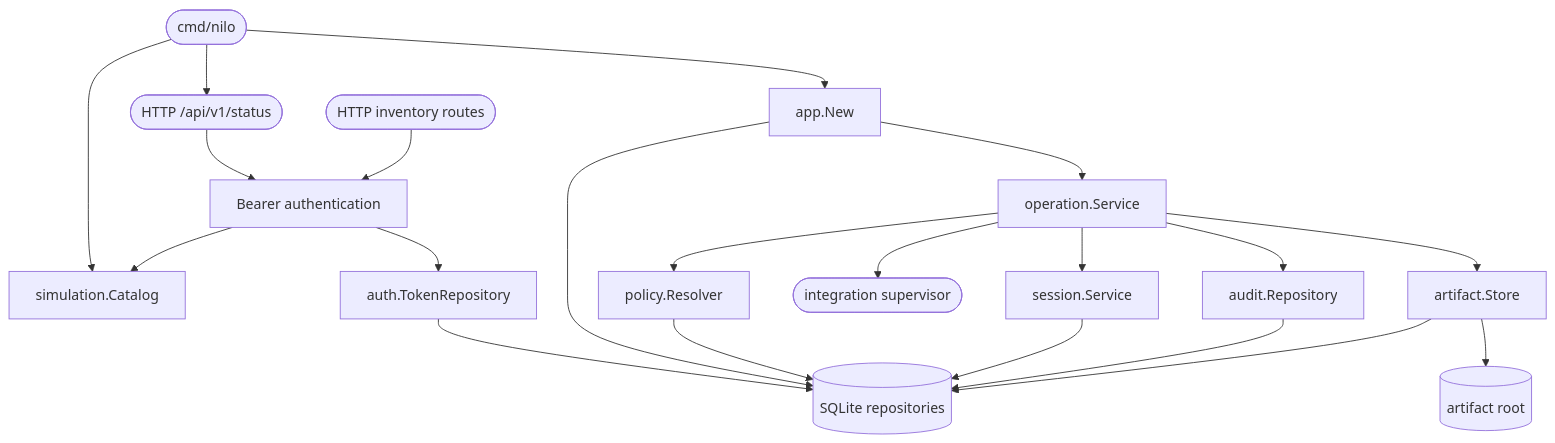
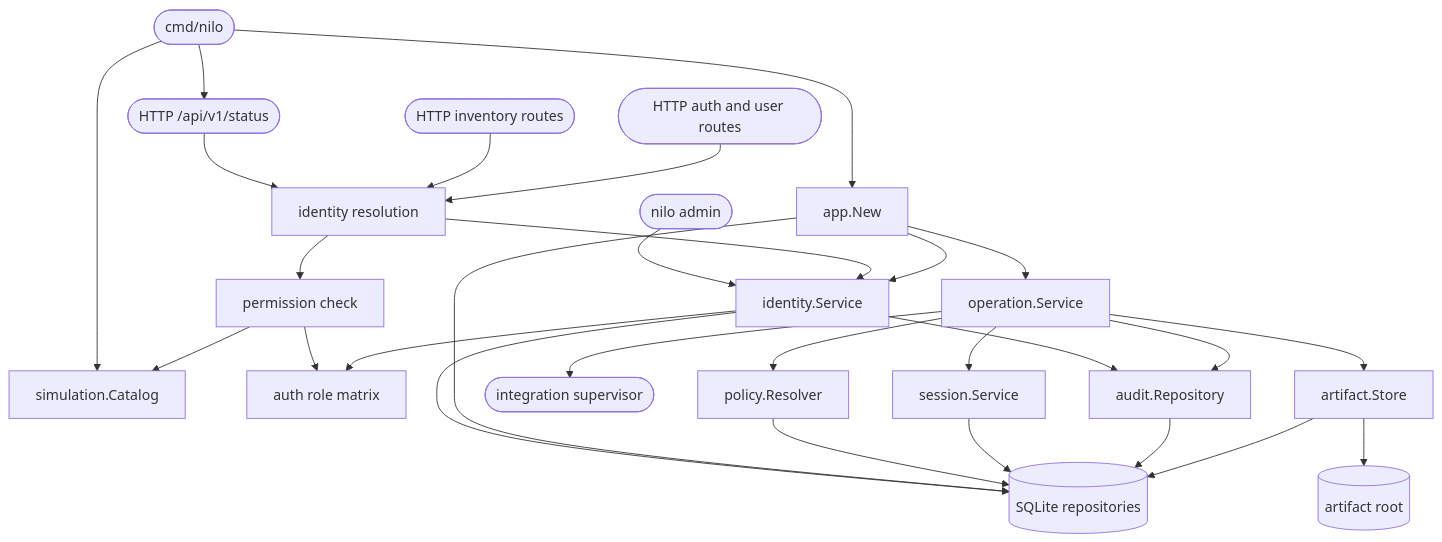
One commit to DDP-Engineering/2026_Networked_Intelligent_Lab_Orchestrator changed the diagram in .agentic/knowledge/bench-core-foundation.md. Above: the diagram before and after it, drawn with Mermaid. The commit also changed other lines of this file and 64 other files, not shown here.

````diff
--- a/.agentic/knowledge/bench-core-foundation.md
+++ b/.agentic/knowledge/bench-core-foundation.md
@@ -30,38 +39,49 @@
 ```mermaid
 flowchart TD
     cli(["cmd/nilo"])
+    admincli(["nilo admin"])
     http(["HTTP /api/v1/status"])
     inventory(["HTTP inventory routes"])
-    middleware["Bearer authentication"]
+    authroutes(["HTTP auth and user routes"])
+    middleware["identity resolution"]
+    authorize["permission check"]
     catalog["simulation.Catalog"]
     app["app.New"]
-    auth["auth.TokenRepository"]
+    identity["identity.Service"]
+    roles["auth role matrix"]
     op["operation.Service"]
     policy["policy.Resolver"]
     session["session.Service"]
     runner(["integration supervisor"])
     artifact["artifact.Store"]
     audit["audit.Repository"]
     sqlite[("SQLite repositories")]
     files[("artifact root")]
     cli --> app
     cli --> http
     cli --> catalog
+    admincli --> identity
     http --> middleware
     inventory --> middleware
-    middleware --> auth
-    middleware --> catalog
-    auth --> sqlite
+    authroutes --> middleware
+    middleware --> identity
+    middleware --> authorize
+    authorize --> roles
+    authorize --> catalog
+    identity --> roles
+    identity --> audit
+    identity --> sqlite
+    app --> identity
     app --> sqlite
     app --> op
     op --> policy
     op --> session
     op --> runner
     op --> artifact
     op --> audit
     policy --> sqlite
     session --> sqlite
     audit --> sqlite
     artifact --> sqlite
     artifact --> files
 ```
````
